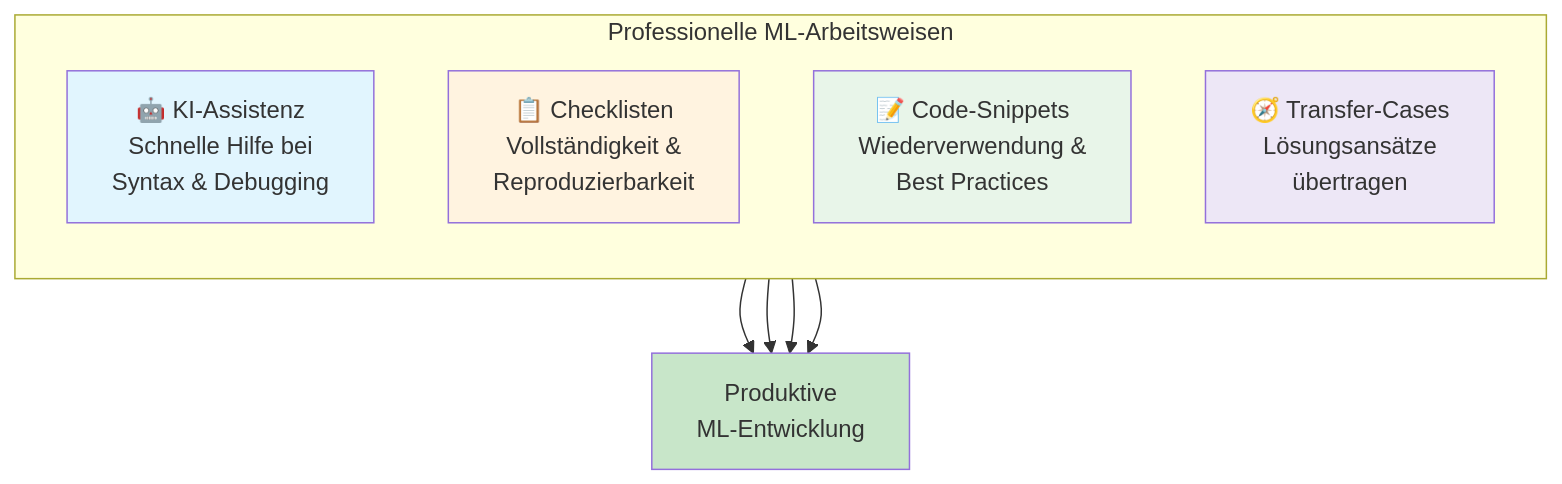
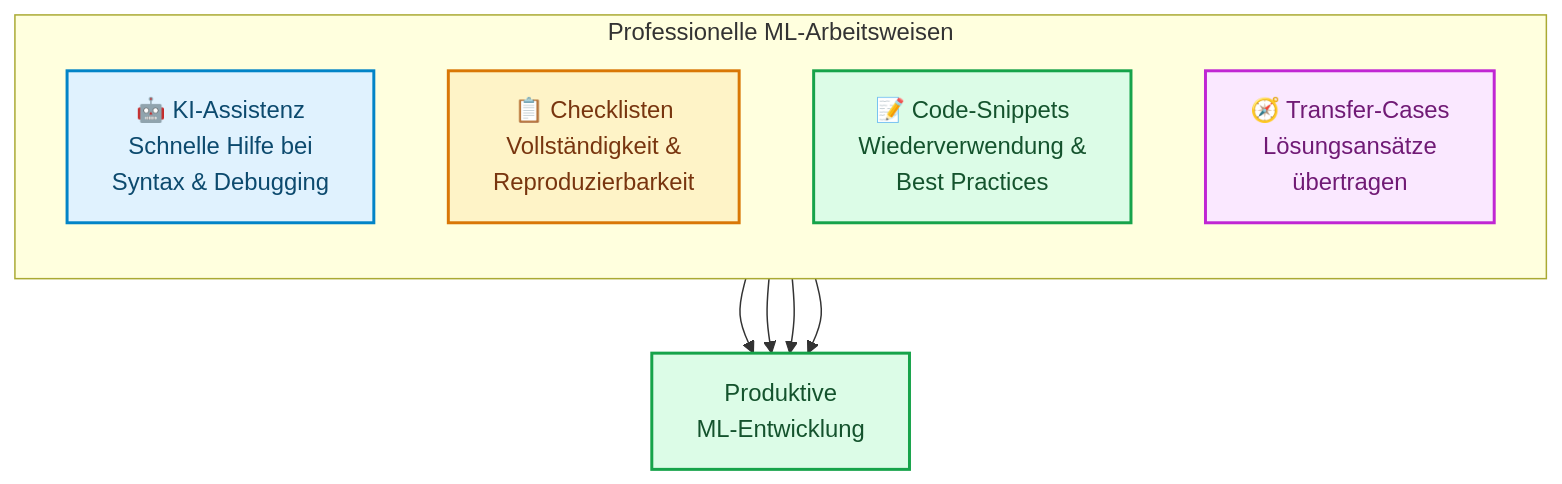
Before and after one commit to ralf-42/ML_Intro: the sixth of 6 diagrams in docs/concepts/grundlagen/coding-arbeitsweisen.md, drawn with Mermaid. The commit also changed other lines of this file and 67 other files, not shown here.

````diff
--- a/docs/concepts/grundlagen/coding-arbeitsweisen.md
+++ b/docs/concepts/grundlagen/coding-arbeitsweisen.md
@@ -377,21 +388,23 @@
 ```mermaid
 flowchart TB
     subgraph Arbeitsweisen["Professionelle ML-Arbeitsweisen"]
         direction TB
         A[🤖 KI-Assistenz<br/>Schnelle Hilfe bei<br/>Syntax & Debugging]
         B[📋 Checklisten<br/>Vollständigkeit &<br/>Reproduzierbarkeit]
         C[📝 Code-Snippets<br/>Wiederverwendung &<br/>Best Practices]
         E[🧭 Transfer-Cases<br/>Lösungsansätze<br/>übertragen]
     end
     
     A --> D[Produktive<br/>ML-Entwicklung]
     B --> D
     C --> D
     E --> D
-    
-    style A fill:#e1f5fe
-    style B fill:#fff3e0
-    style C fill:#e8f5e9
-    style E fill:#ede7f6
-    style D fill:#c8e6c9
+
+    classDef default fill:#e0f2fe,stroke:#0284c7,stroke-width:2px,color:#0c4a6e;
+    classDef metric fill:#fef3c7,stroke:#d97706,stroke-width:2px,color:#78350f;
+    classDef output fill:#dcfce7,stroke:#16a34a,stroke-width:2px,color:#14532d;
+    classDef target fill:#fae8ff,stroke:#c026d3,stroke-width:2px,color:#701a75;
+    class B metric;
+    class C,D output;
+    class E target;
 ```
````
